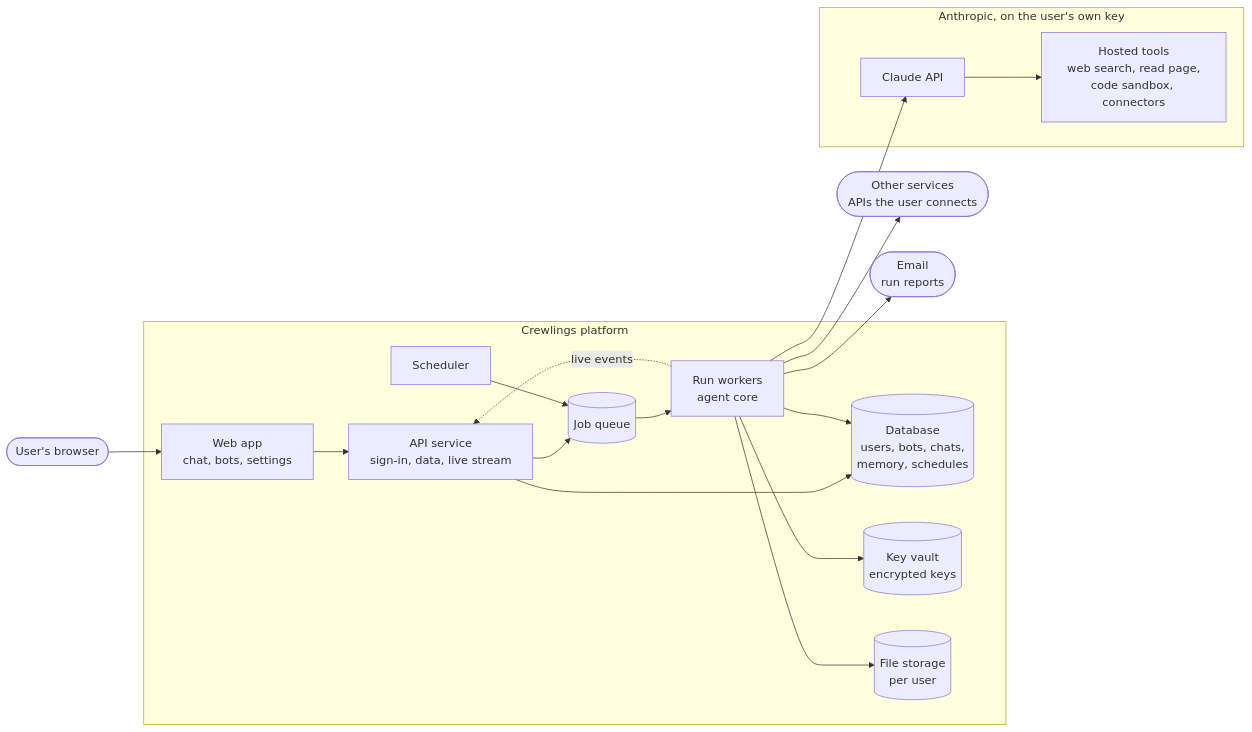
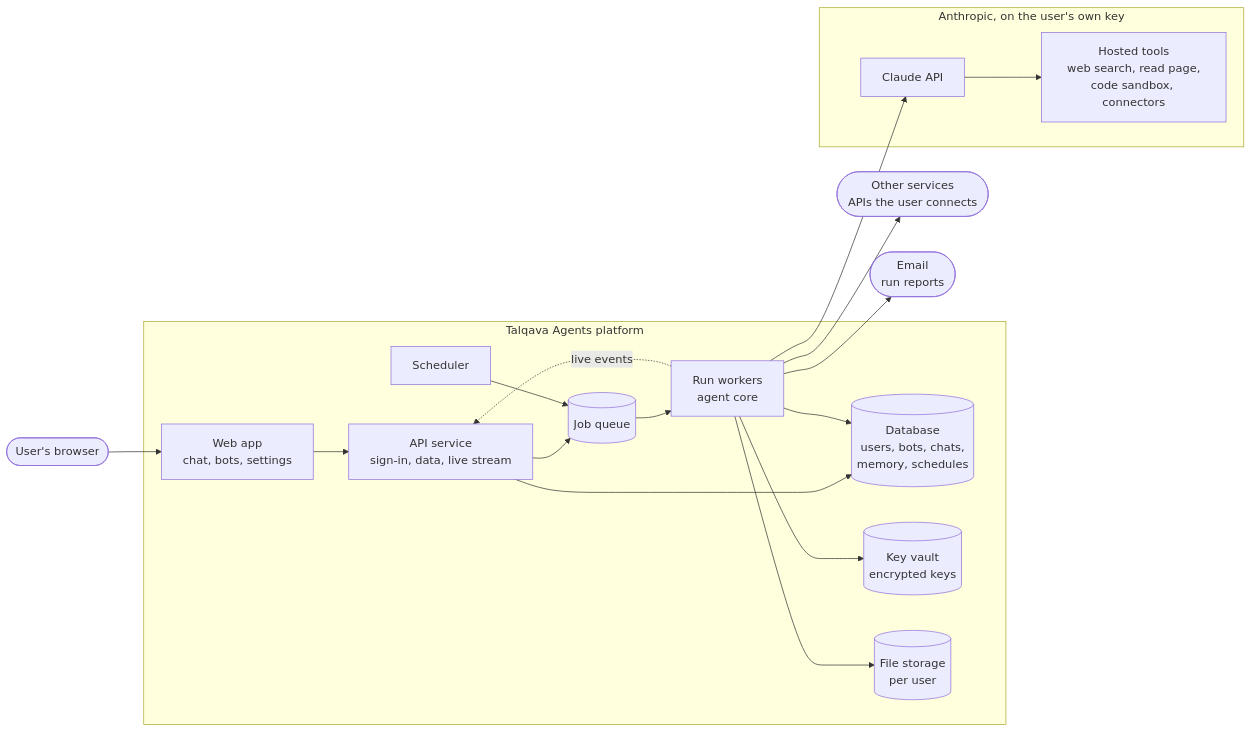
One commit to Daytonrad/Talqava changed the diagram in docs/platform-architecture.md. Above: the diagram before and after it, drawn with Mermaid. The commit also changed other lines of this file and 18 other files, not shown here.

First line of the commit message:
Rename to Talqava Agents, with the name in one place (#3)

````diff
--- a/docs/platform-architecture.md
+++ b/docs/platform-architecture.md
@@ -23,36 +23,36 @@
 ```mermaid
 flowchart LR
   user([User's browser])
 
-  subgraph platform [Crewlings platform]
+  subgraph platform [Talqava Agents platform]
     web[Web app<br/>chat, bots, settings]
     api[API service<br/>sign-in, data, live stream]
     queue[(Job queue)]
     workers[Run workers<br/>agent core]
     sched[Scheduler]
     db[(Database<br/>users, bots, chats,<br/>memory, schedules)]
     vault[(Key vault<br/>encrypted keys)]
     files[(File storage<br/>per user)]
   end
 
   subgraph anthropic [Anthropic, on the user's own key]
     claude[Claude API]
     hosted[Hosted tools<br/>web search, read page,<br/>code sandbox, connectors]
   end
 
   other([Other services<br/>APIs the user connects])
   mail([Email<br/>run reports])
 
   user --> web --> api
   api --> db
   api --> queue
   sched --> queue
   queue --> workers
   workers --> db
   workers --> vault
   workers --> files
   workers --> claude --> hosted
   workers --> other
   workers --> mail
   workers -. live events .-> api
 ```
````
